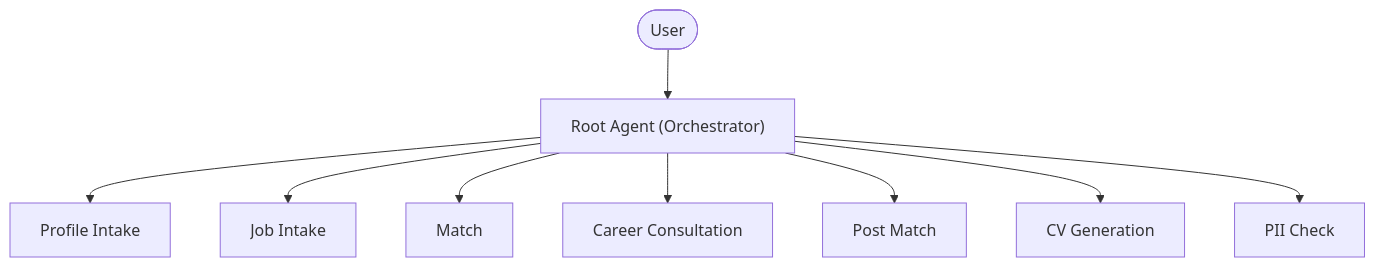
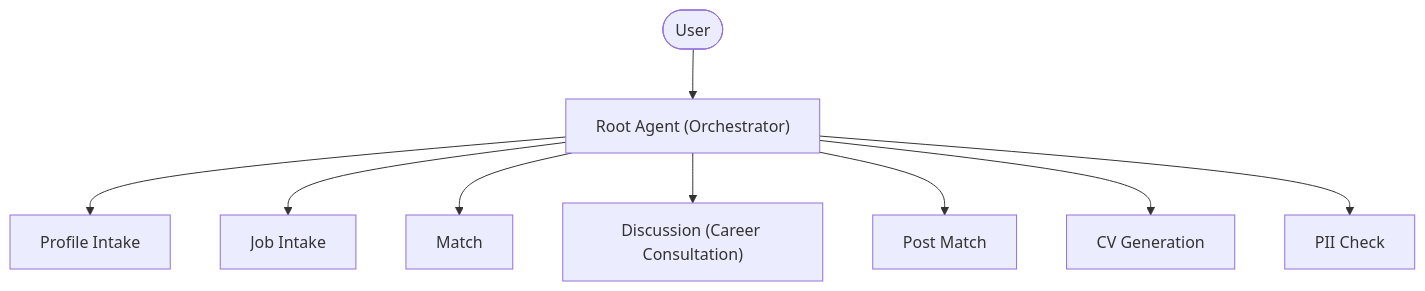
Before and after one commit to igorturtschin/JobMirror: the second of 3 diagrams in README.md, drawn with Mermaid. The commit also changed other lines of this file and 7 other files, not shown here.

````diff
--- a/README.md
+++ b/README.md
@@ -165,25 +165,25 @@
 ```mermaid
 flowchart TD
 
     User([User])
 
     Agent["Root Agent (Orchestrator)"]
 
     PI["Profile Intake"]
     JI["Job Intake"]
     M["Match"]
-    CC["Career Consultation"]
+    CC["Discussion (Career Consultation)"]
     PM["Post Match"]
     CV["CV Generation"]
     PII["PII Check"]
 
     User --> Agent
 
     Agent --> PI
     Agent --> JI
     Agent --> M
     Agent --> CC
     Agent --> PM
     Agent --> CV
     Agent --> PII
 ```
````
